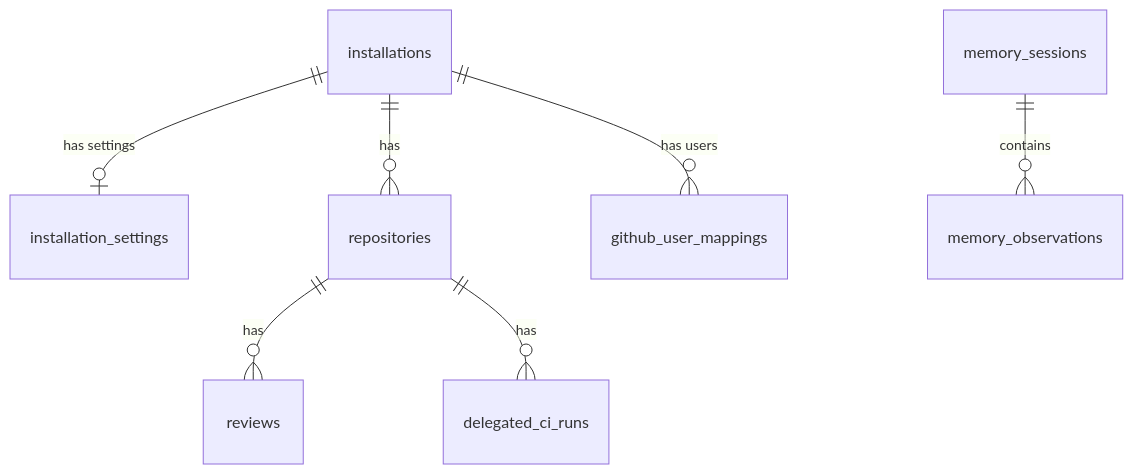
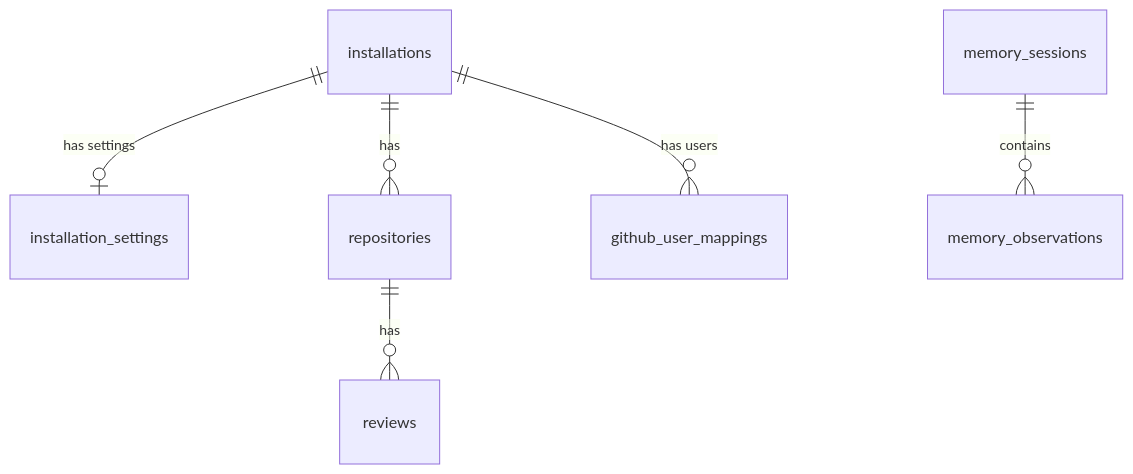
Before and after one commit to JNZader/ghagga: the diagram in docs/database-schema.md, drawn with Mermaid. The commit also changed other lines of this file and 64 other files, not shown here.

````diff
--- a/docs/database-schema.md
+++ b/docs/database-schema.md
@@ -255,9 +213,8 @@
 ```mermaid
 erDiagram
   installations ||--o| installation_settings : "has settings"
   installations ||--o{ repositories : has
   installations ||--o{ github_user_mappings : "has users"
   repositories ||--o{ reviews : has
-  repositories ||--o{ delegated_ci_runs : has
   memory_sessions ||--o{ memory_observations : contains
 ```
````
